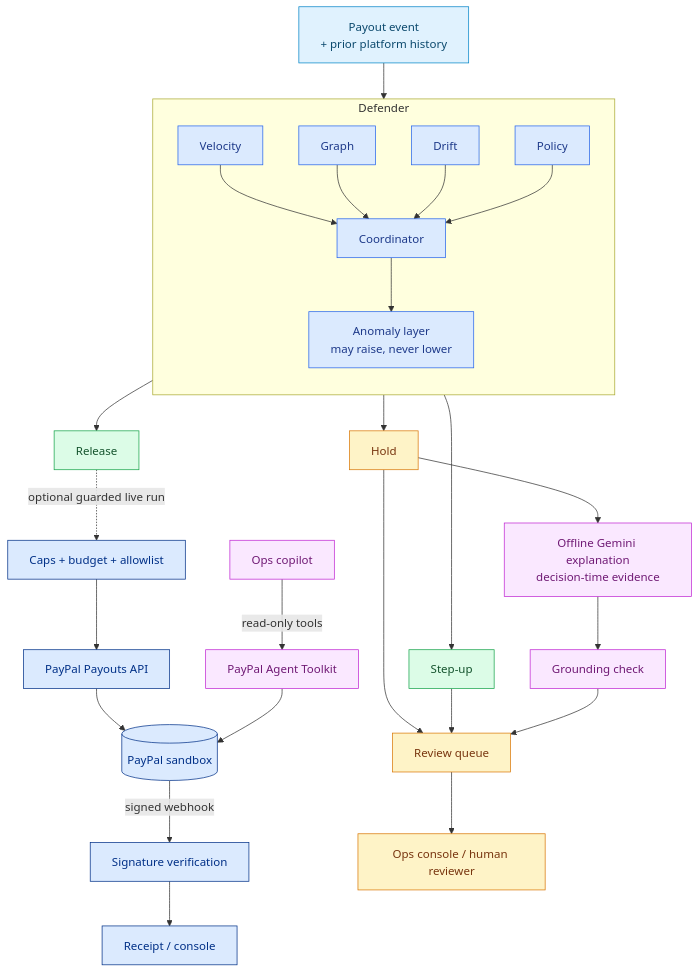
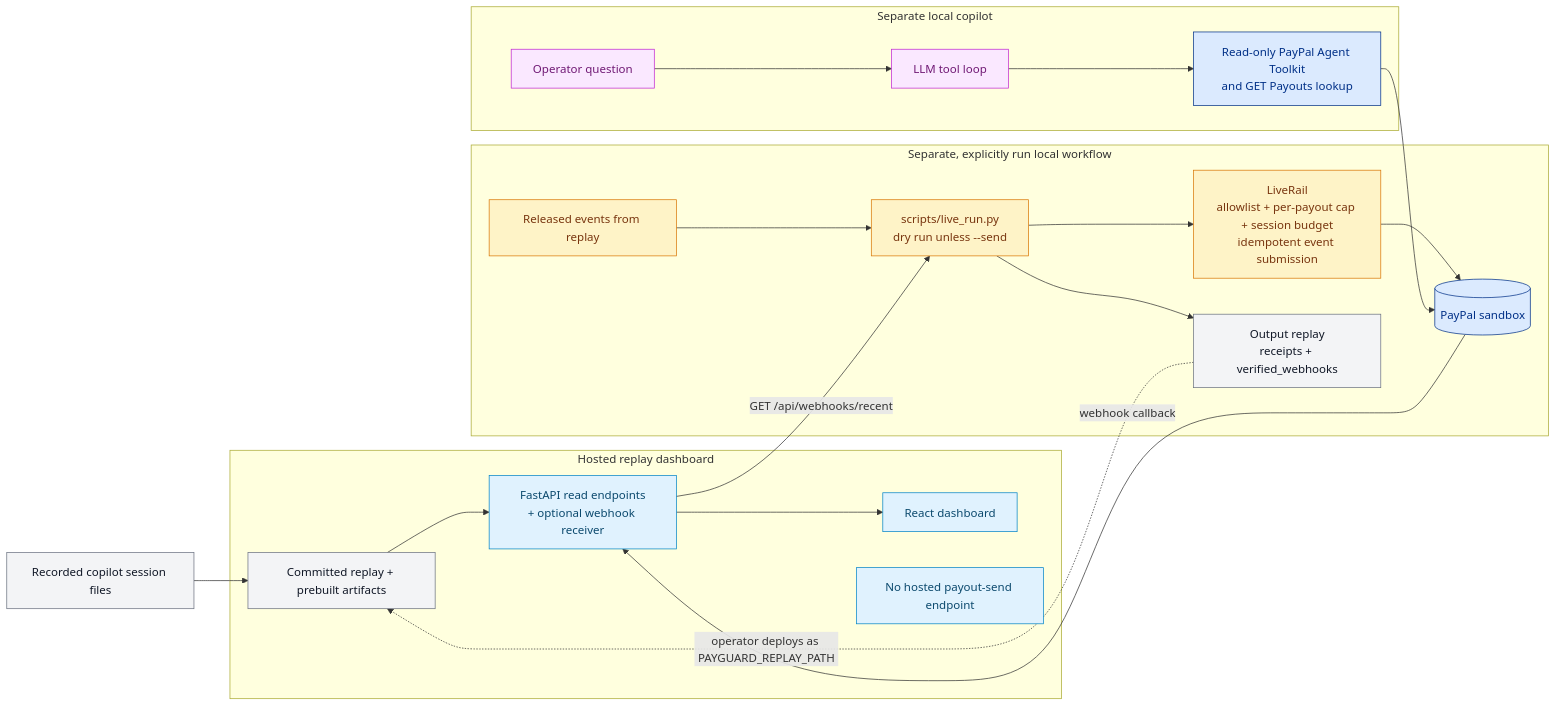
One commit to pawanptu/payguard-arena changed the fourth of 4 diagrams in README.md. Above: the diagram before and after it, drawn with Mermaid. The commit also changed other lines of this file, not shown here.

First line of the commit message:
Expand README architecture and lifecycle (#2)

````diff
--- a/README.md
+++ b/README.md
@@ -247,40 +349,33 @@
 ```mermaid
-flowchart TD
-    EVT["Payout event<br/>+ prior platform history"] --> SWARM
-    subgraph SWARM["Defender"]
-        direction TB
-        V["Velocity"] --> C["Coordinator"]
-        G["Graph"] --> C
-        D["Drift"] --> C
-        P["Policy"] --> C
-        C --> A["Anomaly layer<br/>may raise, never lower"]
+flowchart LR
+    subgraph HOSTED["Hosted replay dashboard"]
+        ART["Committed replay + prebuilt artifacts"] --> API["FastAPI read endpoints<br/>+ optional webhook receiver"]
+        API --> UI["React dashboard"]
+        NOOUT["No hosted payout-send endpoint"]
     end
-    A --> R["Release"]
-    A --> S["Step-up"]
-    A --> H["Hold"]
-    H --> Q["Review queue"]
-    S --> Q
-    H --> E["Offline Gemini explanation<br/>decision-time evidence"]
-    E --> GROUND["Grounding check"]
-    GROUND --> Q
-    R -. "optional guarded live run" .-> GUARD["Caps + budget + allowlist"]
-    GUARD --> PAYOUTS["PayPal Payouts API"]
-    PAYOUTS --> SB[("PayPal sandbox")]
-    SB -- "signed webhook" --> VERIFY["Signature verification"]
-    VERIFY --> RECEIPT["Receipt / console"]
-    Q --> CONSOLE["Ops console / human reviewer"]
-    COP["Ops copilot"] -- "read-only tools" --> TK["PayPal Agent Toolkit"]
-    TK --> SB
-    classDef event fill:#e0f2fe,stroke:#0284c7,color:#0c4a6e
-    classDef specialist fill:#dbeafe,stroke:#2563eb,color:#1e3a8a
-    classDef decision fill:#dcfce7,stroke:#16a34a,color:#14532d
-    classDef review fill:#fef3c7,stroke:#d97706,color:#78350f
+    subgraph LOCAL["Separate, explicitly run local workflow"]
+        ROWS["Released events from replay"] --> SCRIPT["scripts/live_run.py<br/>dry run unless --send"]
+        SCRIPT --> GUARD["LiveRail<br/>allowlist + per-payout cap + session budget<br/>idempotent event submission"]
+        GUARD --> PP[("PayPal sandbox")]
+        SCRIPT --> OUT["Output replay<br/>receipts + verified_webhooks"]
+    end
+    subgraph COPILOT["Separate local copilot"]
+        OP["Operator question"] --> AGENT["LLM tool loop"]
+        AGENT --> RO["Read-only PayPal Agent Toolkit<br/>and GET Payouts lookup"]
+        RO --> PP
+    end
+    PP -- "webhook callback" --> API
+    API -- "GET /api/webhooks/recent" --> SCRIPT
+    OUT -. "operator deploys as PAYGUARD_REPLAY_PATH" .-> ART
+    REC["Recorded copilot session files"] --> ART
+    classDef file fill:#f3f4f6,stroke:#6b7280,color:#111827
+    classDef hosted fill:#e0f2fe,stroke:#0284c7,color:#0c4a6e
+    classDef guarded fill:#fef3c7,stroke:#d97706,color:#78350f
+    classDef paypal fill:#dbeafe,stroke:#003087,color:#003087
     classDef ai fill:#fae8ff,stroke:#c026d3,color:#701a75
-    classDef paypal fill:#dbeafe,stroke:#003087,color:#003087
-    class EVT event
-    class V,G,D,P,C,A specialist
-    class R,S decision
-    class H,Q,CONSOLE review
-    class E,GROUND,COP,TK ai
-    class GUARD,PAYOUTS,SB,VERIFY,RECEIPT paypal
+    class ART,REC,OUT file
+    class API,UI,NOOUT hosted
+    class ROWS,SCRIPT,GUARD guarded
+    class PP,RO paypal
+    class OP,AGENT ai
 ```
````
